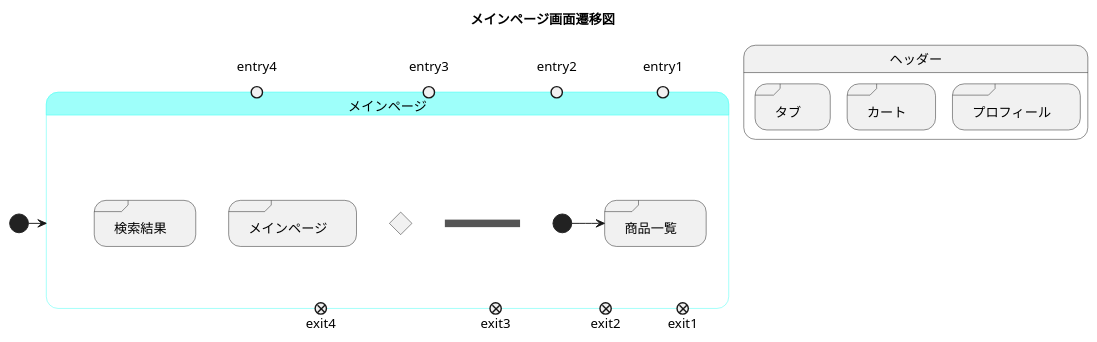
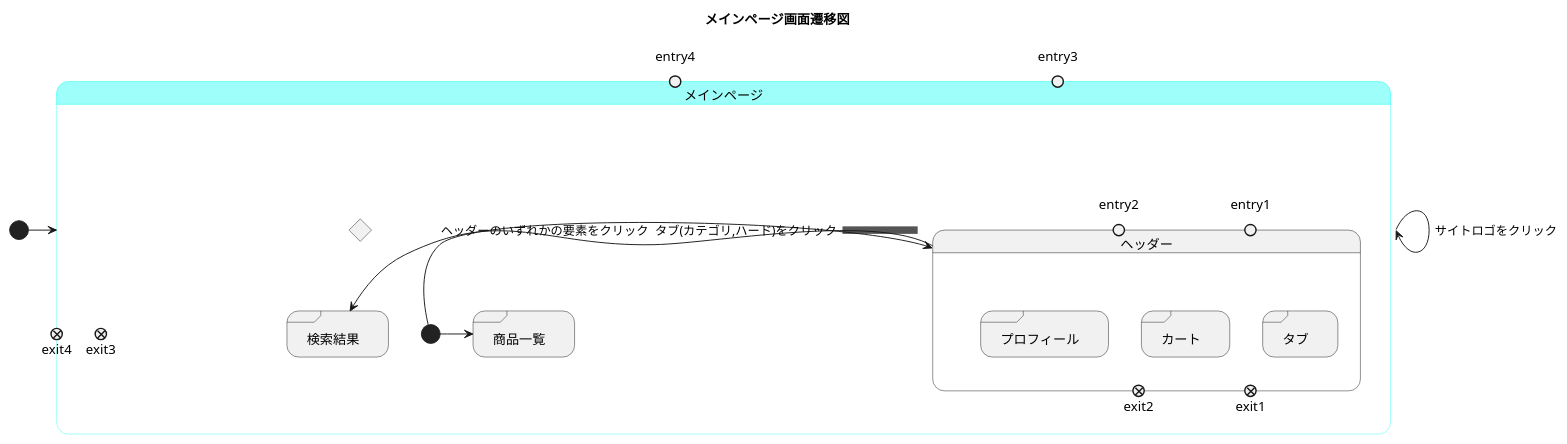
Before and after one commit to akutori/T-D-E: the diagram in メインページ.md, drawn with PlantUML.

Commit message:
追加

````diff
--- a/メインページ.md
+++ b/メインページ.md
@@ -1,38 +1,38 @@
 ```uml
 @startuml
 title メインページ画面遷移図
 
 [*]->メインページ
 state メインページ<<mainpage>>{
     state join_header <<join>>
     state ifinputmain <<choice>>
 
-    state "メインページ" as mainpage <<sdlreceive>>
     state "検索結果" as serch <<sdlreceive>>
     state "商品一覧" as goods<<sdlreceive>>
 
-    state entry1<<entryPoint>>
-    state entry2<<entryPoint>>
     state entry3<<entryPoint>>
     state entry4<<entryPoint>>
 
-    state exit1<<exitPoint>>
-    state exit2<<exitPoint>>
     state exit3<<exitPoint>>
     state exit4<<exitPoint>>
 
-[*]->goods
-
+    [*]->goods
+    メインページ -> メインページ : サイトロゴをクリック
+    [*]-> ヘッダー : ヘッダーのいずれかの要素をクリック
+    ヘッダー->serch :タブ(カテゴリ,ハード)をクリック
 }
 
 state ヘッダー{
     state "タブ" as tab <<sdlreceive>>
     state "カート" as cart <<sdlreceive>>
     state "プロフィール" as profile <<sdlreceive>>
-
+    state entry1<<entryPoint>>
+    state entry2<<entryPoint>>
+    state exit1<<exitPoint>>
+    state exit2<<exitPoint>>
 }
 skinparam stateBorderColor<<mainpage>> #40fff5
 state メインページ #9efffa
 
 @enduml
 ```
````
